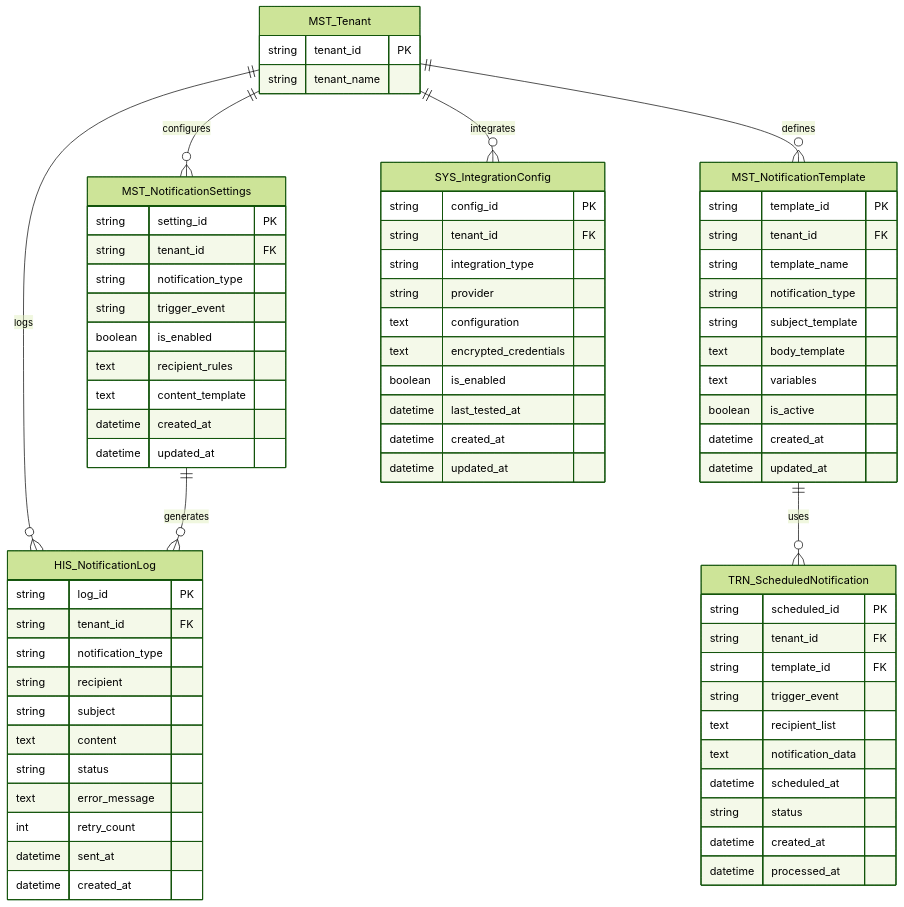
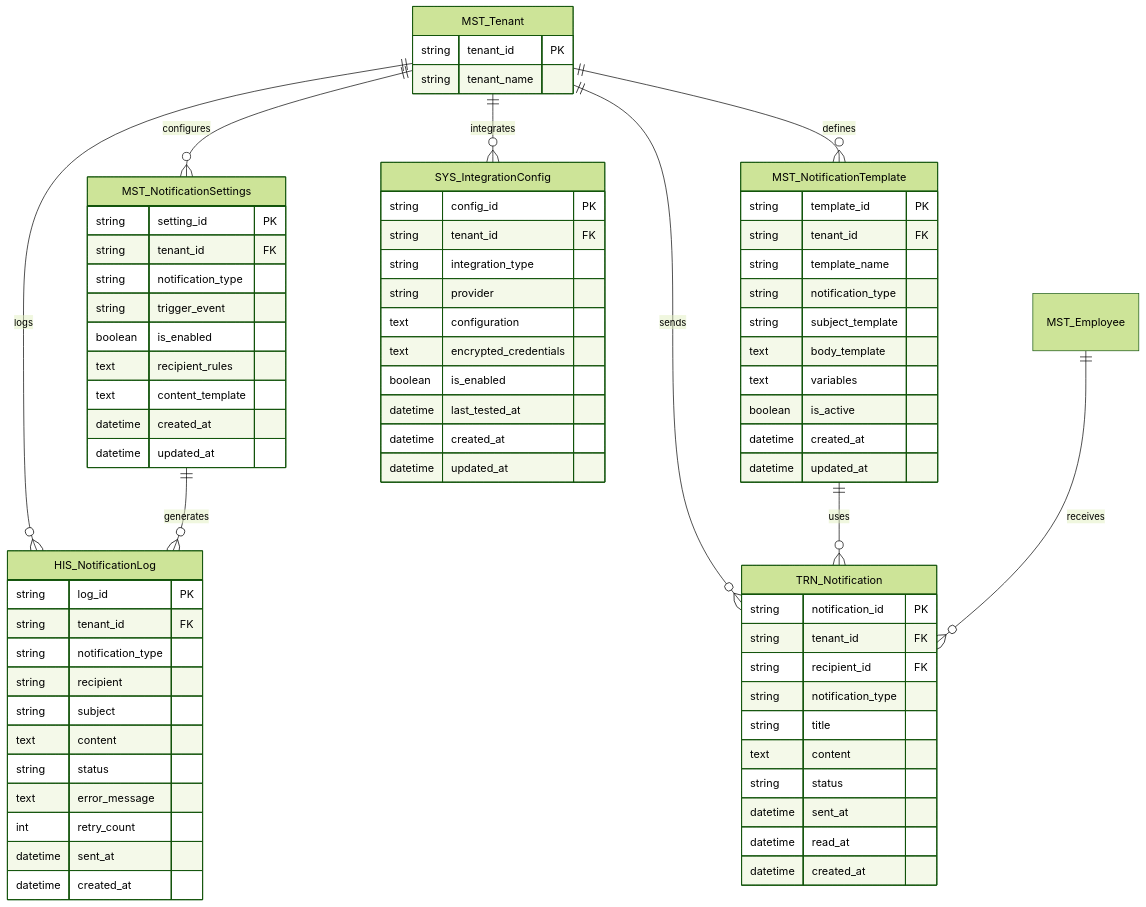
Before and after one commit to sas-dx/skill-report-web: the eighth of 9 diagrams in docs/design/database/エンティティ関連図.md, drawn with Mermaid (forest theme). The commit also changed other lines of this file and 5 other files, not shown here.

First line of the commit message:
🧹 refactor: 不要なプロトタイプファイル削除とエンティティ関連図更新

````diff
--- a/docs/design/database/エンティティ関連図.md
+++ b/docs/design/database/エンティティ関連図.md
@@ -410,79 +710,81 @@
 ```mermaid
 erDiagram
     MST_Tenant {
         string tenant_id PK
         string tenant_name
     }
     
     MST_NotificationSettings {
         string setting_id PK
         string tenant_id FK
         string notification_type
         string trigger_event
         boolean is_enabled
         text recipient_rules
         text content_template
         datetime created_at
         datetime updated_at
     }
     
     MST_NotificationTemplate {
         string template_id PK
         string tenant_id FK
         string template_name
         string notification_type
         string subject_template
         text body_template
         text variables
         boolean is_active
         datetime created_at
         datetime updated_at
     }
     
-    SYS_IntegrationConfig {
-        string config_id PK
+    TRN_Notification {
+        string notification_id PK
         string tenant_id FK
-        string integration_type
-        string provider
-        text configuration
-        text encrypted_credentials
-        boolean is_enabled
-        datetime last_tested_at
+        string recipient_id FK
+        string notification_type
+        string title
+        text content
+        string status
+        datetime sent_at
+        datetime read_at
         datetime created_at
-        datetime updated_at
     }
     
     HIS_NotificationLog {
         string log_id PK
         string tenant_id FK
         string notification_type
         string recipient
         string subject
         text content
         string status
         text error_message
         int retry_count
         datetime sent_at
         datetime created_at
     }
     
-    TRN_ScheduledNotification {
-        string scheduled_id PK
+    SYS_IntegrationConfig {
+        string config_id PK
         string tenant_id FK
-        string template_id FK
-        string trigger_event
-        text recipient_list
-        text notification_data
-        datetime scheduled_at
-        string status
+        string integration_type
+        string provider
+        text configuration
+        text encrypted_credentials
+        boolean is_enabled
+        datetime last_tested_at
         datetime created_at
-        datetime processed_at
+        datetime updated_at
     }
     
     MST_Tenant ||--o{ MST_NotificationSettings : "configures"
     MST_Tenant ||--o{ MST_NotificationTemplate : "defines"
+    MST_Tenant ||--o{ TRN_Notification : "sends"
+    MST_Tenant ||--o{ HIS_NotificationLog : "logs"
     MST_Tenant ||--o{ SYS_IntegrationConfig : "integrates"
-    MST_Tenant ||--o{ HIS_NotificationLog : "logs"
-    MST_NotificationTemplate ||--o{ TRN_ScheduledNotification : "uses"
+    MST_NotificationTemplate ||--o{ TRN_Notification : "uses"
     MST_NotificationSettings ||--o{ HIS_NotificationLog : "generates"
+    MST_Employee ||--o{ TRN_Notification : "receives"
 ```
````
